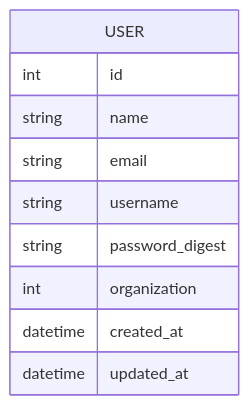
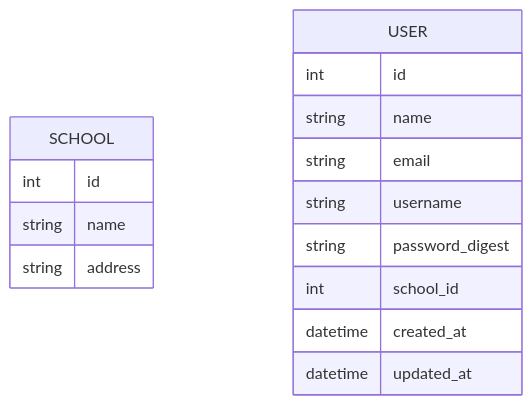
One commit to ripterdust/SchoolManagementSystem changed the diagram in diagrams/class/database.md. Above: the diagram before and after it, drawn with Mermaid.

Commit message:
Added school table

````diff
--- a/diagrams/class/database.md
+++ b/diagrams/class/database.md
@@ -5,17 +5,23 @@
 ```mermaid
 
     erDiagram
+
+    SCHOOL {
+        int id
+        string name
+        string address
+    }
 
     USER {
         int id
         string name
         string email
         string username
         string password_digest
-        int organization
+        int school_id
         datetime created_at
         datetime updated_at
     }
 
 
 ```
````
